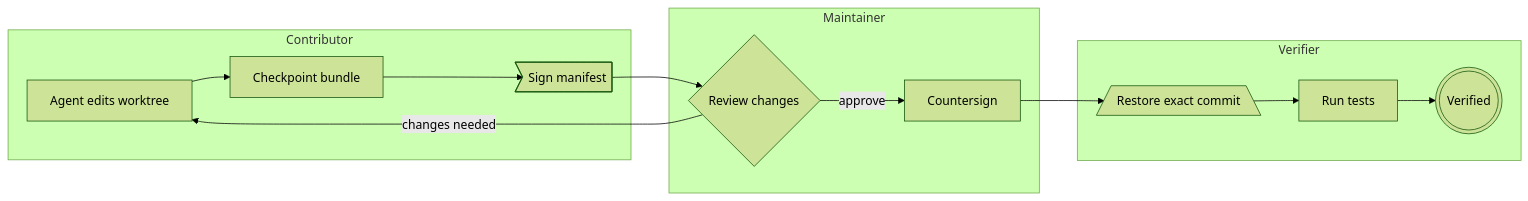
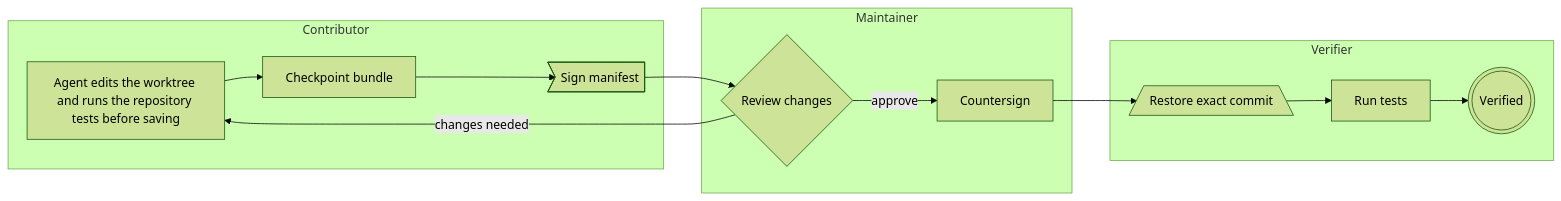
Before and after one commit to maceip/AXP: the diagram in docs/design/diagrams/review.mmd, drawn with Mermaid (forest theme). The commit also changed 12 other files, not shown here.

First line of the commit message:
Measure diagram labels with Pretext and wrap long ones into balanced lines

```diff
--- a/docs/design/diagrams/review.mmd
+++ b/docs/design/diagrams/review.mmd
@@ -1,15 +1,15 @@
 graph LR
   subgraph Contributor
-    A[Agent edits worktree] --> B[Checkpoint bundle]
+    A[Agent edits the worktree and runs the repository tests before saving] --> B[Checkpoint bundle]
     B --> C>Sign manifest]
   end
   subgraph Maintainer
     C --> D{Review changes}
     D -->|approve| E[Countersign]
     D -->|changes needed| A
   end
   subgraph Verifier
     E --> F[/Restore exact commit\]
     F --> G[Run tests]
     G --> H(((Verified)))
   end
```
